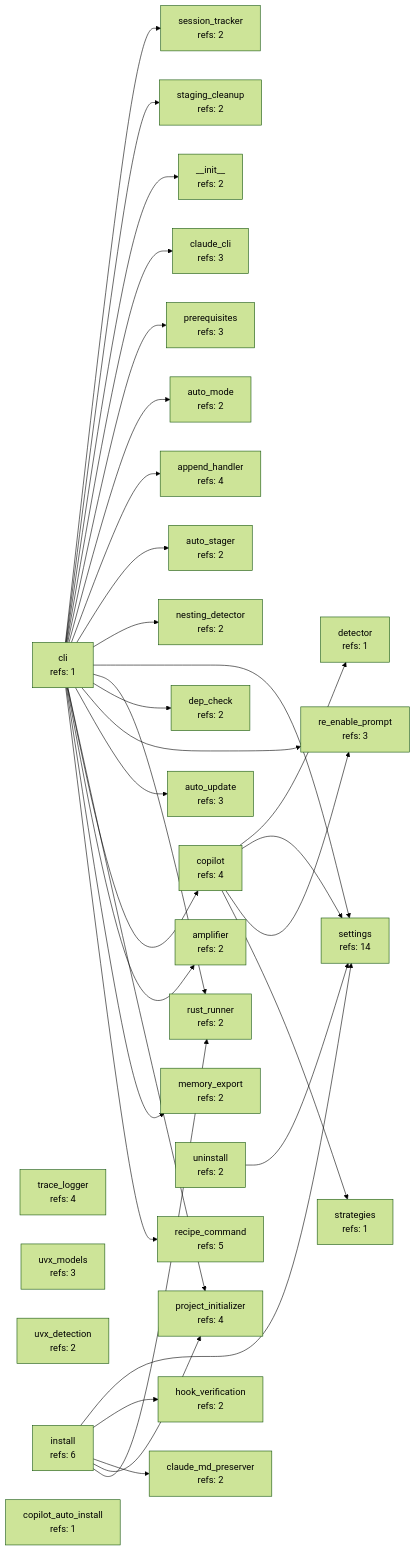
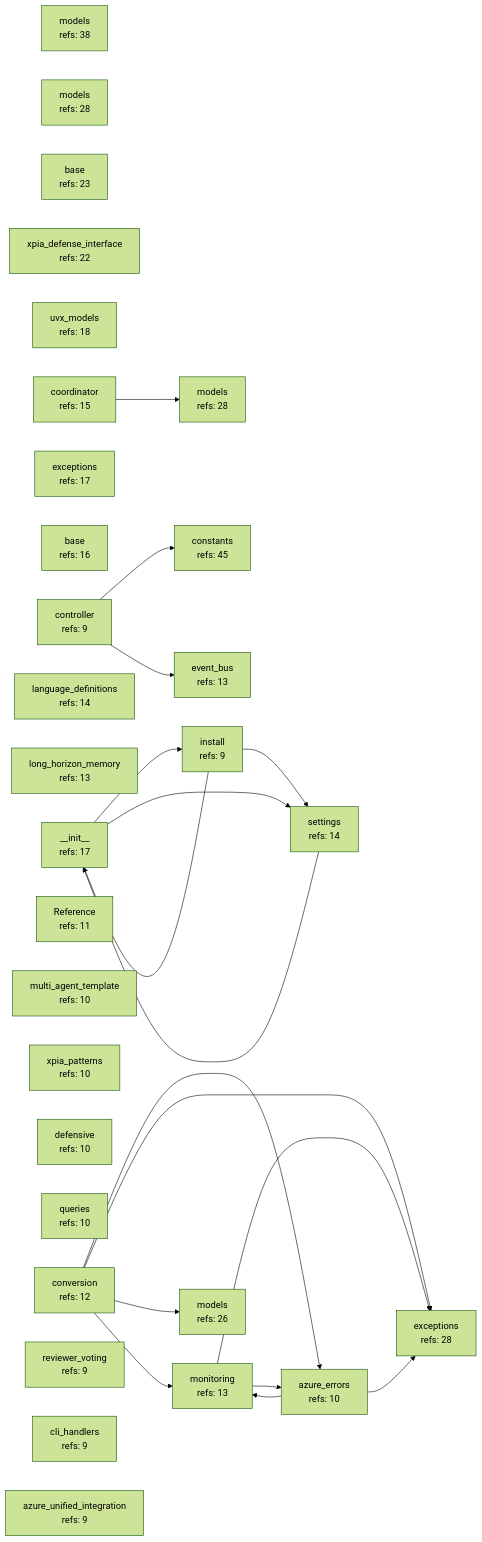
One commit to rysweet/amplihack changed the diagram in docs/atlas/ast-lsp-bindings/ast-lsp-bindings.mmd. Above: the diagram before and after it, drawn with Mermaid (forest theme). The commit also changed 16 other files, not shown here.

```diff
--- a/docs/atlas/ast-lsp-bindings/ast-lsp-bindings.mmd
+++ b/docs/atlas/ast-lsp-bindings/ast-lsp-bindings.mmd
@@ -1,62 +1,49 @@
 graph LR
-    F0["settings<br/>refs: 14"]
-    F1["install<br/>refs: 6"]
-    F2["recipe_command<br/>refs: 5"]
-    F3["append_handler<br/>refs: 4"]
-    F4["copilot<br/>refs: 4"]
-    F5["trace_logger<br/>refs: 4"]
-    F6["project_initializer<br/>refs: 4"]
-    F7["auto_update<br/>refs: 3"]
-    F8["re_enable_prompt<br/>refs: 3"]
-    F9["claude_cli<br/>refs: 3"]
-    F10["prerequisites<br/>refs: 3"]
-    F11["uvx_models<br/>refs: 3"]
-    F12["memory_export<br/>refs: 2"]
-    F13["dep_check<br/>refs: 2"]
-    F14["hook_verification<br/>refs: 2"]
-    F15["amplifier<br/>refs: 2"]
-    F16["auto_mode<br/>refs: 2"]
-    F17["auto_stager<br/>refs: 2"]
-    F18["nesting_detector<br/>refs: 2"]
-    F19["session_tracker<br/>refs: 2"]
-    F20["rust_runner<br/>refs: 2"]
-    F21["staging_cleanup<br/>refs: 2"]
-    F22["uninstall<br/>refs: 2"]
-    F23["__init__<br/>refs: 2"]
-    F24["claude_md_preserver<br/>refs: 2"]
-    F25["uvx_detection<br/>refs: 2"]
-    F26["cli<br/>refs: 1"]
-    F27["detector<br/>refs: 1"]
-    F28["strategies<br/>refs: 1"]
-    F29["copilot_auto_install<br/>refs: 1"]
-    F26 --> F19
-    F26 --> F21
-    F26 --> F23
-    F26 --> F9
-    F26 --> F10
-    F26 --> F16
-    F26 --> F3
-    F26 --> F17
-    F26 --> F18
-    F26 --> F0
-    F26 --> F20
-    F26 --> F13
-    F26 --> F8
-    F26 --> F7
-    F26 --> F6
-    F26 --> F4
-    F26 --> F15
-    F26 --> F12
-    F26 --> F2
-    F1 --> F0
-    F1 --> F14
-    F1 --> F24
-    F1 --> F6
-    F1 --> F20
-    F4 --> F27
-    F4 --> F0
-    F4 --> F8
-    F4 --> F28
-    F22 --> F0
+    F0["constants<br/>refs: 45"]
+    F1["models<br/>refs: 38"]
+    F2["models<br/>refs: 28"]
+    F3["models<br/>refs: 28"]
+    F4["exceptions<br/>refs: 28"]
+    F5["models<br/>refs: 26"]
+    F6["base<br/>refs: 23"]
+    F7["xpia_defense_interface<br/>refs: 22"]
+    F8["uvx_models<br/>refs: 18"]
+    F9["__init__<br/>refs: 17"]
+    F10["exceptions<br/>refs: 17"]
+    F11["base<br/>refs: 16"]
+    F12["coordinator<br/>refs: 15"]
+    F13["settings<br/>refs: 14"]
+    F14["language_definitions<br/>refs: 14"]
+    F15["event_bus<br/>refs: 13"]
+    F16["long_horizon_memory<br/>refs: 13"]
+    F17["monitoring<br/>refs: 13"]
+    F18["conversion<br/>refs: 12"]
+    F19["Reference<br/>refs: 11"]
+    F20["multi_agent_template<br/>refs: 10"]
+    F21["azure_errors<br/>refs: 10"]
+    F22["xpia_patterns<br/>refs: 10"]
+    F23["defensive<br/>refs: 10"]
+    F24["queries<br/>refs: 10"]
+    F25["controller<br/>refs: 9"]
+    F26["reviewer_voting<br/>refs: 9"]
+    F27["install<br/>refs: 9"]
+    F28["cli_handlers<br/>refs: 9"]
+    F29["azure_unified_integration<br/>refs: 9"]
+    F9 --> F27
+    F9 --> F13
+    F25 --> F0
+    F25 --> F15
+    F27 --> F9
+    F27 --> F13
+    F12 --> F3
+    F21 --> F4
+    F21 --> F17
+    F18 --> F21
+    F18 --> F4
+    F18 --> F5
+    F18 --> F17
+    F17 --> F4
+    F17 --> F21
+    F13 --> F9
 
     click F0 "../ast-lsp-bindings/" "View AST bindings"
```
